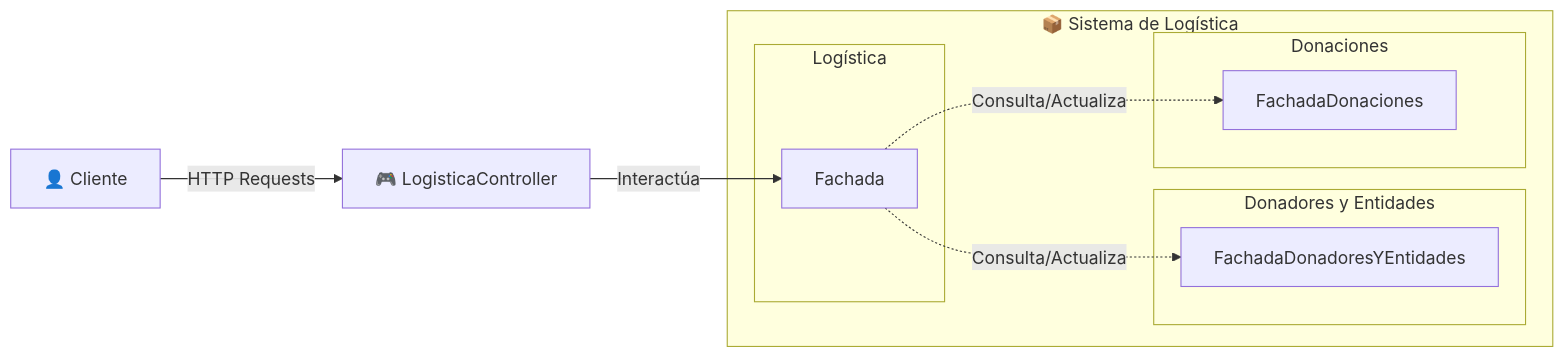
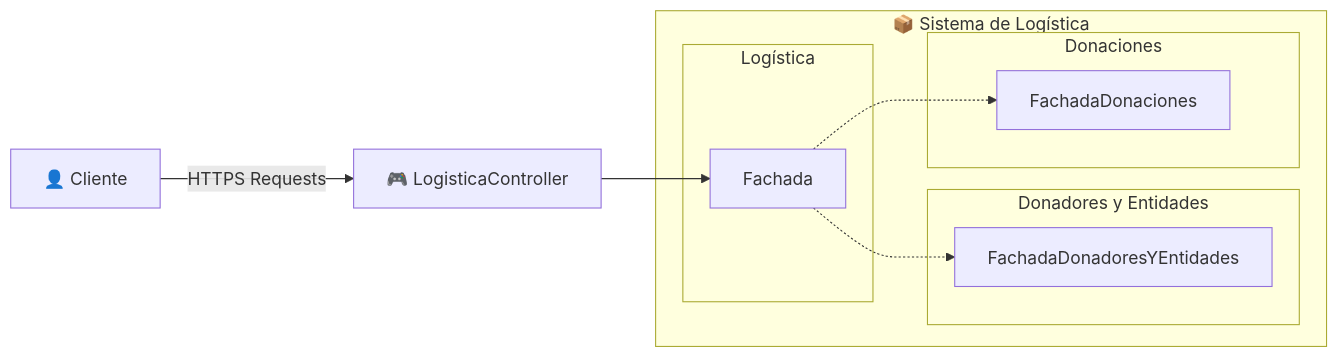
One commit to 2026-ddsi-tpa-guardianesDeCodigo/logistica changed the diagram in docs/arquitectura.md. Above: the diagram before and after it, drawn with Mermaid.

Commit message:
Update mermaid diagram with HTTPS requests

````diff
--- a/docs/arquitectura.md
+++ b/docs/arquitectura.md
@@ -1,23 +1,23 @@
 ```mermaid
 graph LR
 
 Cliente["👤 Cliente"]
 Controller["🎮 LogisticaController"]
 
 subgraph sistema["📦 Sistema de Logística"]
     subgraph Logistica["Logística"]
         Fachada["Fachada"]
     end
     subgraph DonadoresYEntidades["Donadores y Entidades"]
         FachadaDE["FachadaDonadoresYEntidades"]
     end
     subgraph Donaciones["Donaciones"]
         FachadaDon["FachadaDonaciones"]
     end
 end
 
-Cliente -->|HTTP Requests| Controller
-Controller -->|Interactúa| Fachada
-Fachada -.->|Consulta/Actualiza| FachadaDon
-Fachada -.->|Consulta/Actualiza| FachadaDE
+Cliente -->|HTTPS Requests| Controller
+Controller -->Fachada
+Fachada -.->FachadaDon
+Fachada -.->FachadaDE
 ```
````
